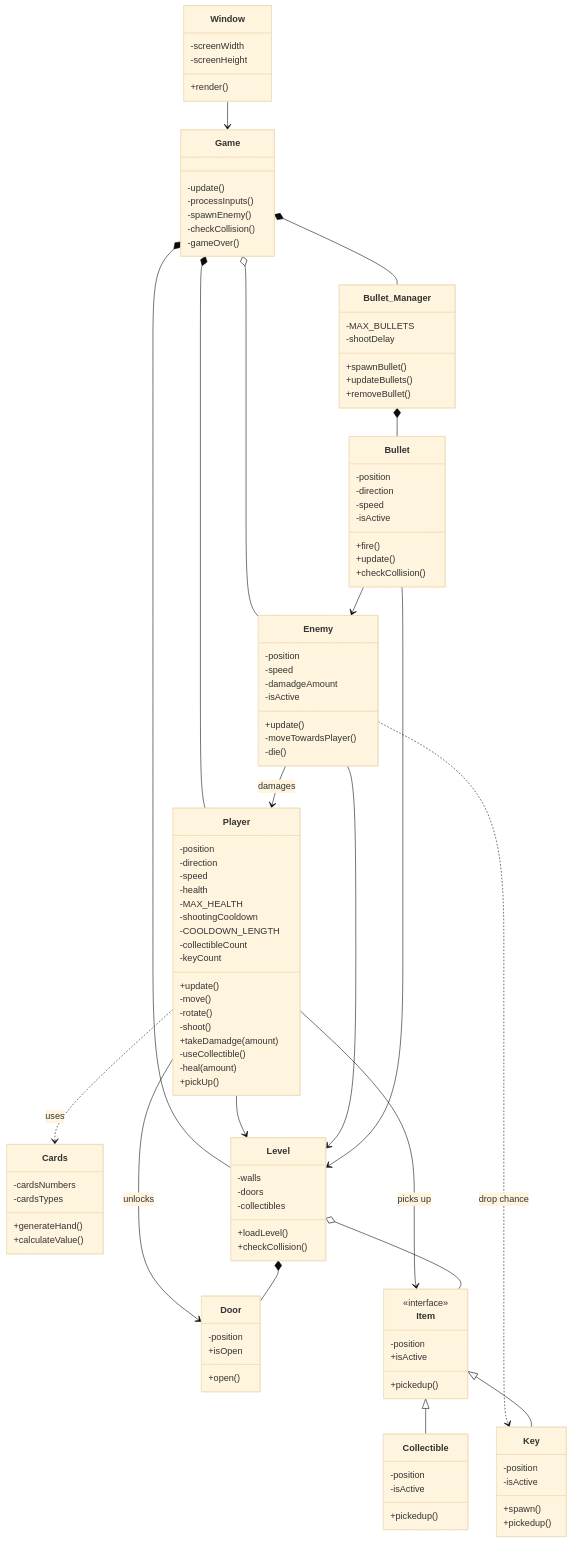
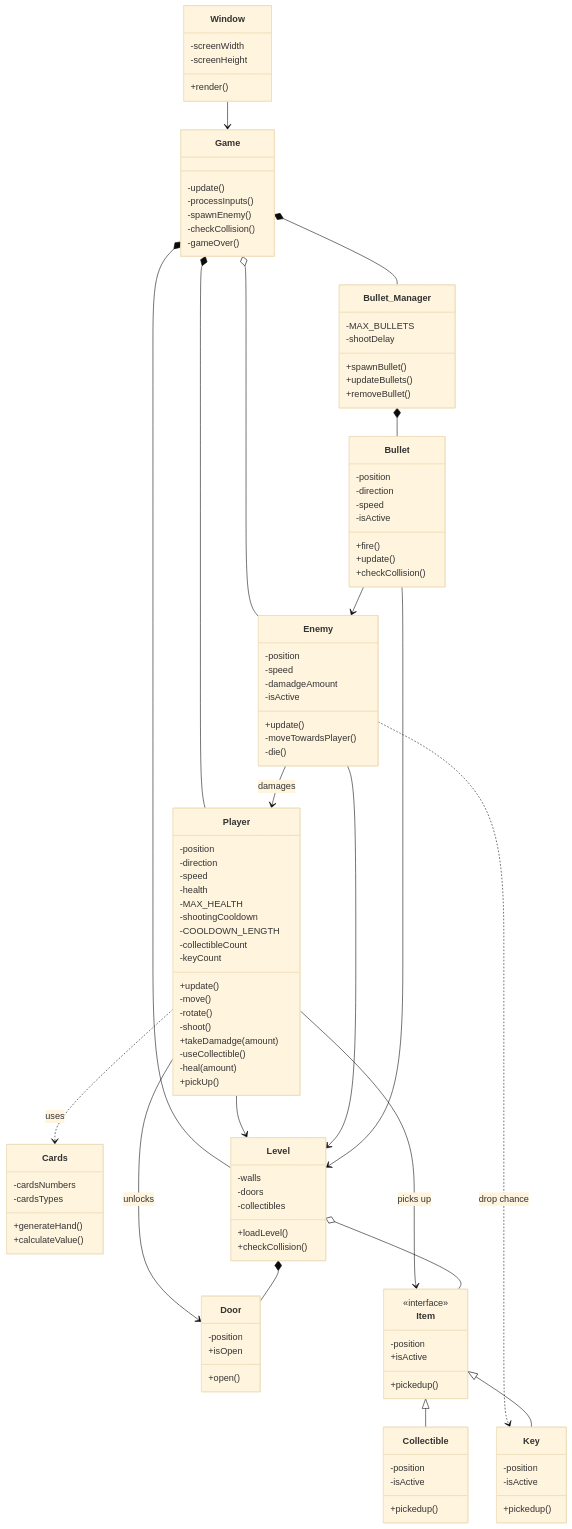
The diagram in domain_model.md (ITCGamesProg2/jp26-superawesome_bffs5eva), drawn with Mermaid (base theme) before and after one commit.

```diff
--- a/domain_model.md
+++ b/domain_model.md
@@ -104,7 +104,6 @@
     -position
     -isActive
 
-    +spawn()
     +pickedup()
 }
 
```
